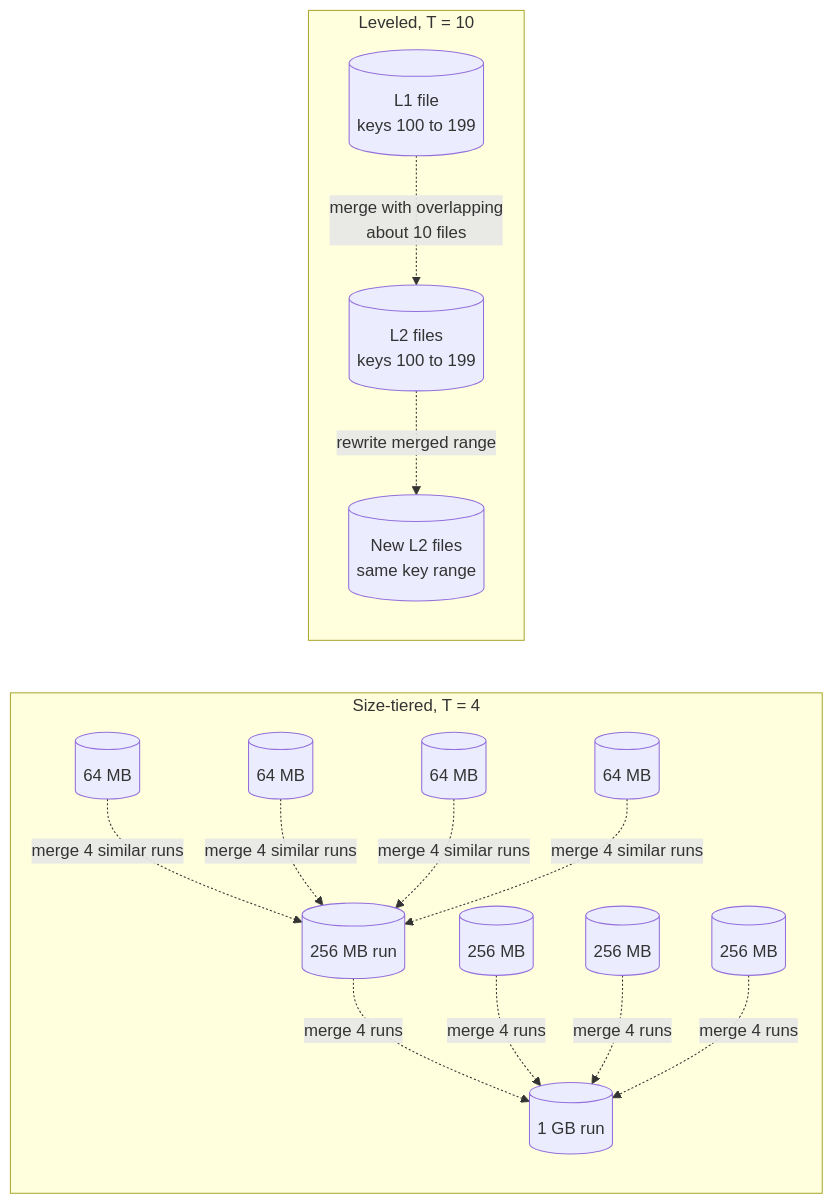
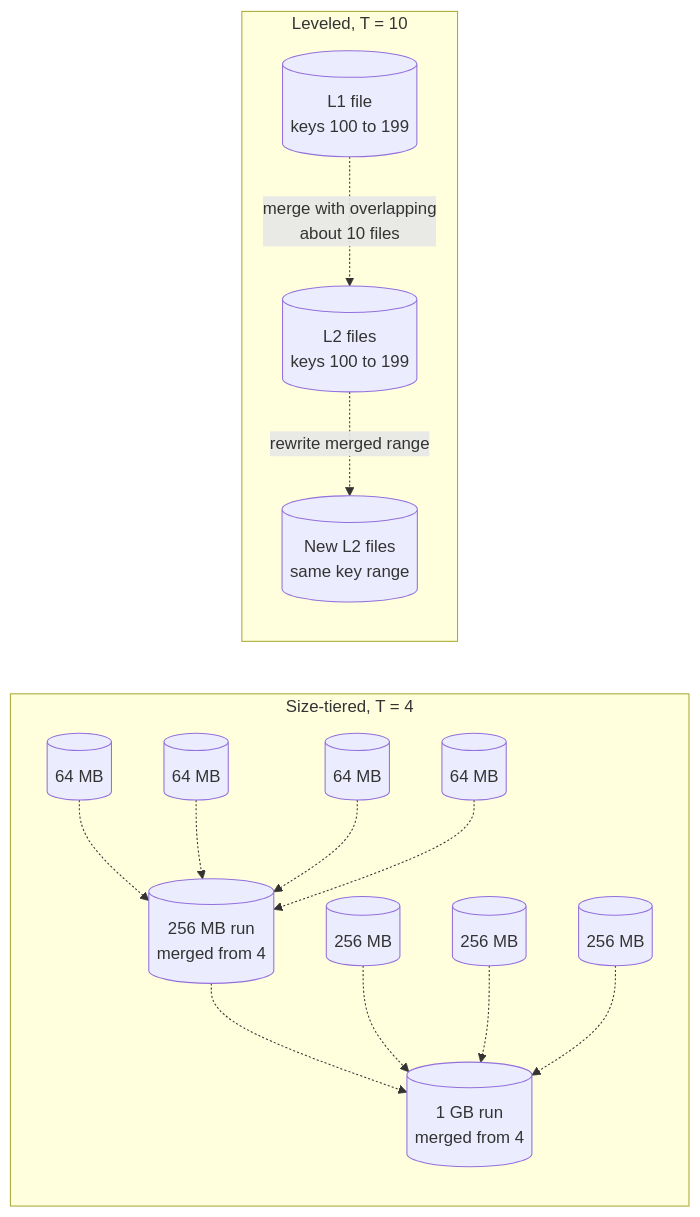
One commit to Sampath1-1-1/System-Design changed the ninth of 11 diagrams in manuscript/book1-traditional/13-storage-engine-internals.md. Above: the diagram before and after it, drawn with Mermaid. The commit also changed other lines of this file and 5 other files, not shown here.

````diff
--- a/manuscript/book1-traditional/13-storage-engine-internals.md
+++ b/manuscript/book1-traditional/13-storage-engine-internals.md
@@ -999,13 +999,13 @@
 ```mermaid
 flowchart LR
   subgraph TIER["Size-tiered, T = 4"]
     direction TB
-    A1[(64 MB)] & A2[(64 MB)] & A3[(64 MB)] & A4[(64 MB)] -.->|merge 4 similar runs| B1[(256 MB run)]
-    B1 & B2[(256 MB)] & B3[(256 MB)] & B4[(256 MB)] -.->|merge 4 runs| C1[(1 GB run)]
+    A1[(64 MB)] & A2[(64 MB)] & A3[(64 MB)] & A4[(64 MB)] -.-> B1[(256 MB run<br/>merged from 4)]
+    B1 & B2[(256 MB)] & B3[(256 MB)] & B4[(256 MB)] -.-> C1[(1 GB run<br/>merged from 4)]
   end
   subgraph LEVEL["Leveled, T = 10"]
     direction TB
     X1[(L1 file<br/>keys 100 to 199)] -.->|merge with overlapping<br/>about 10 files| Y1[(L2 files<br/>keys 100 to 199)]
     Y1 -.->|rewrite merged range| Y2[(New L2 files<br/>same key range)]
   end
 ```
````
